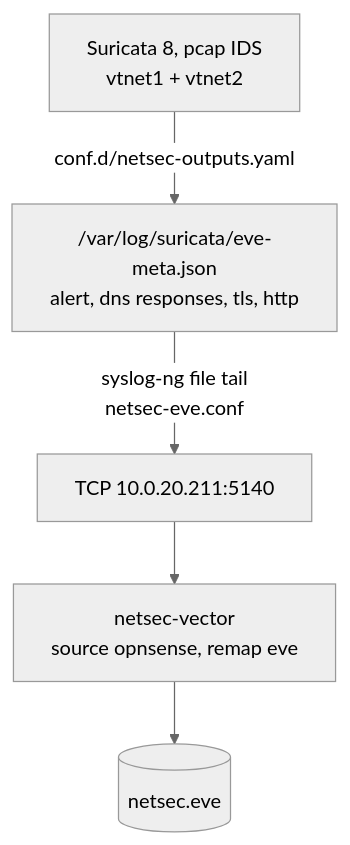
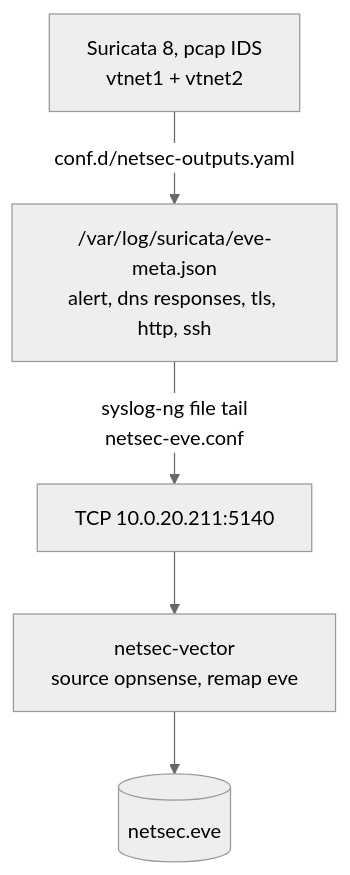
One commit to ViktorBarzin/infra changed the second of 7 diagrams in docs/architecture/network-security-monitoring.md. Above: the diagram before and after it, drawn with Mermaid (neutral theme). The commit also changed other lines of this file and 8 other files, not shown here.

First line of the commit message:
netsec: keep every table 365 days, record SSH sessions and mail clients

````diff
--- a/docs/architecture/network-security-monitoring.md
+++ b/docs/architecture/network-security-monitoring.md
@@ -111,7 +122,7 @@
 ```mermaid
 flowchart TD
-  SUR["Suricata 8, pcap IDS<br/>vtnet1 + vtnet2"] -->|conf.d/netsec-outputs.yaml| META["/var/log/suricata/eve-meta.json<br/>alert, dns responses, tls, http"]
+  SUR["Suricata 8, pcap IDS<br/>vtnet1 + vtnet2"] -->|conf.d/netsec-outputs.yaml| META["/var/log/suricata/eve-meta.json<br/>alert, dns responses, tls, http, ssh"]
   META -->|syslog-ng file tail<br/>netsec-eve.conf| TCP["TCP 10.0.20.211:5140"]
   TCP --> VEC["netsec-vector<br/>source opnsense, remap eve"]
   VEC --> CH[("netsec.eve")]
 ```
````
